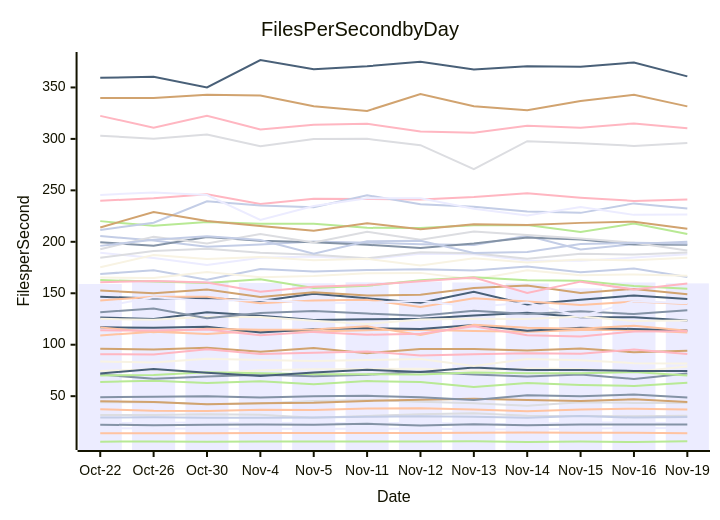
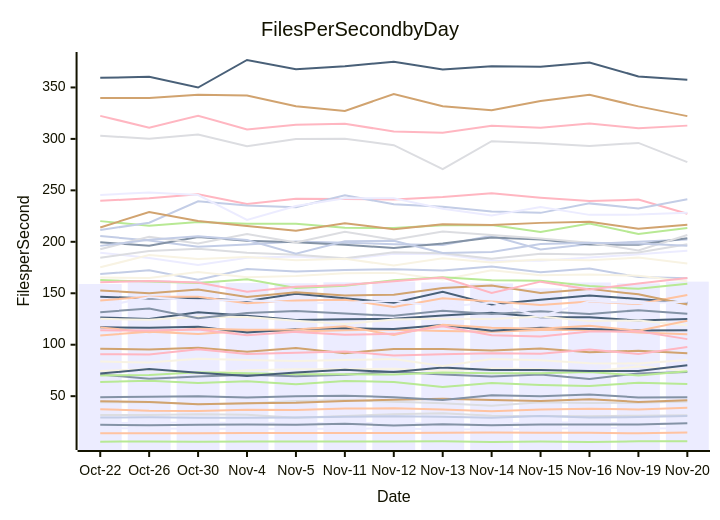
The diagram in perf-report.md (streetsidesoftware/cspell), drawn with Mermaid before and after one commit. The commit also changed other lines of this file and 1 other file, not shown here.

````diff
--- a/perf-report.md
+++ b/perf-report.md
@@ -10,57 +10,57 @@
 ```mermaid
 xychart-beta
     title Files Per Second by Day
     y-axis Files per Second
-    x-axis Date [Oct-22, Oct-26, Oct-30, Nov-4, Nov-5, Nov-11, Nov-12, Nov-13, Nov-14, Nov-15, Nov-16, Nov-19]
-    bar [159.03, 162.88, 161.94, 160.02, 159.72, 160.65, 161.35, 160.47, 159.54, 154.79, 160.46, 159.61]
-    line [71.08, 67.00, 69.09, 70.86, 69.37, 70.88, 73.81, 71.09, 69.11, 71.10, 66.81, 72.11]
-    line [14.01, 14.02, 13.97, 14.18, 14.33, 14.26, 14.23, 14.49, 14.71, 14.55, 14.39, 13.95]
-    line [44.08, 44.42, 42.24, 42.88, 45.37, 46.20, 44.50, 43.23, 40.60, 44.15, 43.48, 43.70]
-    line [63.79, 65.07, 62.75, 64.51, 61.69, 64.67, 63.79, 59.02, 62.70, 60.80, 59.91, 63.00]
-    line [96.00, 95.45, 97.05, 93.17, 96.79, 91.80, 95.95, 95.87, 94.48, 96.44, 92.65, 94.10]
-    line [205.59, 201.31, 195.27, 197.35, 200.31, 199.19, 197.63, 196.85, 205.77, 192.52, 197.76, 200.10]
-    line [322.37, 310.93, 322.55, 309.17, 313.73, 314.69, 307.18, 306.00, 312.70, 310.78, 315.06, 310.37]
-    line [126.46, 125.04, 131.49, 128.05, 124.13, 124.73, 125.27, 128.39, 131.06, 126.59, 126.76, 123.53]
-    line [125.15, 124.19, 127.28, 126.86, 123.18, 120.25, 124.45, 125.35, 124.99, 127.41, 122.93, 123.56]
-    line [23.92, 24.17, 24.43, 23.95, 24.20, 23.49, 24.08, 23.00, 23.06, 24.50, 24.34, 23.62]
-    line [22.28, 21.78, 22.12, 22.59, 22.34, 23.16, 21.54, 22.68, 21.85, 22.43, 22.45, 22.56]
-    line [109.04, 112.63, 110.40, 113.53, 112.85, 114.15, 114.65, 113.36, 112.62, 114.36, 114.33, 111.99]
-    line [31.67, 31.78, 32.41, 31.83, 29.14, 30.76, 32.43, 33.35, 30.87, 30.71, 30.55, 30.97]
-    line [5.75, 6.03, 5.80, 6.05, 5.91, 5.92, 6.05, 6.23, 5.47, 5.95, 5.52, 6.13]
-    line [45.07, 44.31, 42.25, 43.22, 43.49, 45.34, 46.46, 47.61, 46.36, 45.42, 47.07, 44.45]
-    line [168.67, 172.42, 163.25, 173.61, 171.18, 172.63, 173.35, 172.14, 176.09, 170.54, 174.05, 165.70]
-    line [239.78, 242.41, 246.20, 236.64, 241.81, 241.59, 241.14, 243.55, 247.17, 242.91, 239.70, 241.02]
-    line [116.88, 116.53, 117.43, 111.89, 115.01, 116.13, 115.22, 119.08, 113.54, 116.51, 115.21, 113.92]
-    line [165.23, 164.80, 170.61, 165.61, 166.70, 169.45, 169.81, 163.46, 172.46, 167.41, 168.34, 167.09]
-    line [19.00, 18.63, 18.25, 18.44, 18.38, 18.23, 18.67, 17.83, 17.56, 18.43, 19.15, 18.91]
-    line [49.03, 49.37, 49.99, 48.68, 50.03, 50.42, 49.00, 46.22, 50.88, 49.95, 51.56, 48.83]
-    line [116.85, 112.16, 115.50, 114.45, 114.87, 117.85, 109.38, 119.29, 116.46, 115.59, 118.49, 113.54]
-    line [303.13, 300.22, 304.34, 292.89, 299.81, 300.08, 293.90, 270.62, 297.75, 295.78, 293.19, 296.08]
-    line [162.77, 161.40, 160.02, 163.60, 155.05, 157.20, 162.55, 165.62, 162.61, 162.23, 156.96, 154.28]
-    line [339.81, 339.82, 342.79, 342.26, 331.64, 327.21, 343.58, 331.81, 327.76, 336.79, 342.94, 331.62]
-    line [29.31, 29.41, 29.14, 29.07, 29.19, 29.96, 30.60, 29.98, 29.13, 30.65, 29.20, 29.66]
-    line [90.70, 90.60, 95.53, 91.04, 92.11, 93.46, 89.53, 90.84, 91.64, 91.15, 95.31, 91.02]
-    line [146.67, 144.85, 145.45, 142.42, 149.63, 145.08, 140.78, 151.35, 139.20, 143.75, 147.85, 144.42]
-    line [74.51, 76.18, 72.03, 75.21, 76.09, 76.34, 76.58, 74.79, 76.80, 76.30, 73.76, 78.85]
-    line [189.47, 184.23, 177.36, 184.49, 185.72, 182.94, 188.28, 187.98, 181.73, 181.49, 184.66, 187.81]
-    line [199.55, 196.07, 204.60, 201.12, 199.63, 197.18, 194.05, 198.31, 204.17, 202.23, 197.34, 197.09]
-    line [143.06, 146.69, 146.59, 140.40, 143.02, 143.74, 136.69, 145.20, 142.11, 138.52, 142.01, 139.48]
-    line [184.56, 191.17, 193.23, 189.38, 187.47, 183.93, 189.93, 188.83, 183.53, 188.50, 187.66, 189.71]
-    line [220.10, 215.49, 219.14, 217.54, 217.64, 213.57, 213.32, 216.11, 216.43, 209.55, 217.83, 207.54]
-    line [152.74, 149.93, 153.73, 146.39, 151.10, 147.79, 148.60, 155.08, 157.59, 150.36, 154.26, 148.98]
-    line [211.47, 218.53, 239.32, 235.17, 233.67, 245.24, 236.50, 233.98, 229.39, 228.12, 237.34, 232.45]
-    line [113.95, 113.80, 114.69, 109.15, 112.48, 109.72, 110.55, 118.02, 109.29, 108.02, 112.93, 112.97]
-    line [359.34, 360.33, 349.95, 376.67, 367.68, 370.64, 374.87, 367.41, 370.51, 370.21, 374.24, 360.74]
-    line [175.20, 187.18, 183.23, 185.22, 182.14, 183.42, 176.89, 184.07, 179.92, 182.71, 181.97, 184.63]
-    line [245.56, 247.95, 245.41, 221.31, 234.75, 242.27, 242.37, 232.19, 225.67, 233.72, 226.18, 226.48]
-    line [131.59, 135.21, 125.70, 130.73, 132.76, 130.23, 128.16, 133.01, 129.97, 132.49, 129.80, 133.61]
-    line [37.33, 35.82, 35.71, 36.86, 36.50, 38.05, 38.19, 36.99, 35.25, 37.09, 37.76, 37.04]
-    line [192.85, 204.98, 198.27, 207.58, 199.26, 209.84, 202.01, 209.99, 206.66, 203.31, 199.00, 191.59]
-    line [70.11, 70.57, 73.22, 72.23, 71.32, 71.25, 71.08, 73.06, 72.16, 72.33, 73.39, 70.13]
-    line [213.97, 229.01, 220.21, 215.36, 210.66, 218.14, 212.13, 216.95, 216.28, 218.40, 219.59, 212.75]
-    line [196.05, 201.96, 205.39, 201.71, 188.42, 200.46, 201.07, 189.10, 190.06, 197.82, 199.09, 198.24]
-    line [160.80, 161.82, 160.48, 151.46, 156.36, 158.02, 161.56, 165.28, 150.34, 161.29, 153.65, 159.58]
-    line [71.96, 76.44, 72.80, 69.62, 72.93, 75.62, 73.39, 77.86, 75.46, 75.53, 74.48, 74.42]
-    line [83.62, 82.78, 86.40, 85.26, 84.18, 85.13, 86.07, 79.22, 86.18, 84.80, 82.10, 81.80]
-    line [136.76, 146.14, 142.74, 143.48, 140.52, 140.72, 142.75, 136.72, 140.92, 127.38, 142.26, 140.32]
+    x-axis Date [Oct-22, Oct-26, Oct-30, Nov-4, Nov-5, Nov-11, Nov-12, Nov-13, Nov-14, Nov-15, Nov-16, Nov-19, Nov-20]
+    bar [159.03, 162.88, 161.94, 160.02, 159.72, 160.65, 161.35, 160.47, 159.54, 154.79, 160.46, 159.61, 161.30]
+    line [71.08, 67.00, 69.09, 70.86, 69.37, 70.88, 73.81, 71.09, 69.11, 71.10, 66.81, 72.11, 73.56]
+    line [14.01, 14.02, 13.97, 14.18, 14.33, 14.26, 14.23, 14.49, 14.71, 14.55, 14.39, 13.95, 14.60]
+    line [44.08, 44.42, 42.24, 42.88, 45.37, 46.20, 44.50, 43.23, 40.60, 44.15, 43.48, 43.70, 44.83]
+    line [63.79, 65.07, 62.75, 64.51, 61.69, 64.67, 63.79, 59.02, 62.70, 60.80, 59.91, 63.00, 61.76]
+    line [96.00, 95.45, 97.05, 93.17, 96.79, 91.80, 95.95, 95.87, 94.48, 96.44, 92.65, 94.10, 91.76]
+    line [205.59, 201.31, 195.27, 197.35, 200.31, 199.19, 197.63, 196.85, 205.77, 192.52, 197.76, 200.10, 202.32]
+    line [322.37, 310.93, 322.55, 309.17, 313.73, 314.69, 307.18, 306.00, 312.70, 310.78, 315.06, 310.37, 312.90]
+    line [126.46, 125.04, 131.49, 128.05, 124.13, 124.73, 125.27, 128.39, 131.06, 126.59, 126.76, 123.53, 124.94]
+    line [125.15, 124.19, 127.28, 126.86, 123.18, 120.25, 124.45, 125.35, 124.99, 127.41, 122.93, 123.56, 118.96]
+    line [23.92, 24.17, 24.43, 23.95, 24.20, 23.49, 24.08, 23.00, 23.06, 24.50, 24.34, 23.62, 23.53]
+    line [22.28, 21.78, 22.12, 22.59, 22.34, 23.16, 21.54, 22.68, 21.85, 22.43, 22.45, 22.56, 23.60]
+    line [109.04, 112.63, 110.40, 113.53, 112.85, 114.15, 114.65, 113.36, 112.62, 114.36, 114.33, 111.99, 110.22]
+    line [31.67, 31.78, 32.41, 31.83, 29.14, 30.76, 32.43, 33.35, 30.87, 30.71, 30.55, 30.97, 31.56]
+    line [5.75, 6.03, 5.80, 6.05, 5.91, 5.92, 6.05, 6.23, 5.47, 5.95, 5.52, 6.13, 6.21]
+    line [45.07, 44.31, 42.25, 43.22, 43.49, 45.34, 46.46, 47.61, 46.36, 45.42, 47.07, 44.45, 46.03]
+    line [168.67, 172.42, 163.25, 173.61, 171.18, 172.63, 173.35, 172.14, 176.09, 170.54, 174.05, 165.70, 164.60]
+    line [239.78, 242.41, 246.20, 236.64, 241.81, 241.59, 241.14, 243.55, 247.17, 242.91, 239.70, 241.02, 227.21]
+    line [116.88, 116.53, 117.43, 111.89, 115.01, 116.13, 115.22, 119.08, 113.54, 116.51, 115.21, 113.92, 114.16]
+    line [165.23, 164.80, 170.61, 165.61, 166.70, 169.45, 169.81, 163.46, 172.46, 167.41, 168.34, 167.09, 161.78]
+    line [19.00, 18.63, 18.25, 18.44, 18.38, 18.23, 18.67, 17.83, 17.56, 18.43, 19.15, 18.91, 18.65]
+    line [49.03, 49.37, 49.99, 48.68, 50.03, 50.42, 49.00, 46.22, 50.88, 49.95, 51.56, 48.83, 49.01]
+    line [116.85, 112.16, 115.50, 114.45, 114.87, 117.85, 109.38, 119.29, 116.46, 115.59, 118.49, 113.54, 123.36]
+    line [303.13, 300.22, 304.34, 292.89, 299.81, 300.08, 293.90, 270.62, 297.75, 295.78, 293.19, 296.08, 277.37]
+    line [162.77, 161.40, 160.02, 163.60, 155.05, 157.20, 162.55, 165.62, 162.61, 162.23, 156.96, 154.28, 159.13]
+    line [339.81, 339.82, 342.79, 342.26, 331.64, 327.21, 343.58, 331.81, 327.76, 336.79, 342.94, 331.62, 322.15]
+    line [29.31, 29.41, 29.14, 29.07, 29.19, 29.96, 30.60, 29.98, 29.13, 30.65, 29.20, 29.66, 30.68]
+    line [90.70, 90.60, 95.53, 91.04, 92.11, 93.46, 89.53, 90.84, 91.64, 91.15, 95.31, 91.02, 97.72]
+    line [146.67, 144.85, 145.45, 142.42, 149.63, 145.08, 140.78, 151.35, 139.20, 143.75, 147.85, 144.42, 140.89]
+    line [74.51, 76.18, 72.03, 75.21, 76.09, 76.34, 76.58, 74.79, 76.80, 76.30, 73.76, 78.85, 74.91]
+    line [189.47, 184.23, 177.36, 184.49, 185.72, 182.94, 188.28, 187.98, 181.73, 181.49, 184.66, 187.81, 191.42]
+    line [199.55, 196.07, 204.60, 201.12, 199.63, 197.18, 194.05, 198.31, 204.17, 202.23, 197.34, 197.09, 203.42]
+    line [143.06, 146.69, 146.59, 140.40, 143.02, 143.74, 136.69, 145.20, 142.11, 138.52, 142.01, 139.48, 148.36]
+    line [184.56, 191.17, 193.23, 189.38, 187.47, 183.93, 189.93, 188.83, 183.53, 188.50, 187.66, 189.71, 197.63]
+    line [220.10, 215.49, 219.14, 217.54, 217.64, 213.57, 213.32, 216.11, 216.43, 209.55, 217.83, 207.54, 213.34]
+    line [152.74, 149.93, 153.73, 146.39, 151.10, 147.79, 148.60, 155.08, 157.59, 150.36, 154.26, 148.98, 139.01]
+    line [211.47, 218.53, 239.32, 235.17, 233.67, 245.24, 236.50, 233.98, 229.39, 228.12, 237.34, 232.45, 241.31]
+    line [113.95, 113.80, 114.69, 109.15, 112.48, 109.72, 110.55, 118.02, 109.29, 108.02, 112.93, 112.97, 105.44]
+    line [359.34, 360.33, 349.95, 376.67, 367.68, 370.64, 374.87, 367.41, 370.51, 370.21, 374.24, 360.74, 357.55]
+    line [175.20, 187.18, 183.23, 185.22, 182.14, 183.42, 176.89, 184.07, 179.92, 182.71, 181.97, 184.63, 178.93]
+    line [245.56, 247.95, 245.41, 221.31, 234.75, 242.27, 242.37, 232.19, 225.67, 233.72, 226.18, 226.48, 228.27]
+    line [131.59, 135.21, 125.70, 130.73, 132.76, 130.23, 128.16, 133.01, 129.97, 132.49, 129.80, 133.61, 130.16]
+    line [37.33, 35.82, 35.71, 36.86, 36.50, 38.05, 38.19, 36.99, 35.25, 37.09, 37.76, 37.04, 38.77]
+    line [192.85, 204.98, 198.27, 207.58, 199.26, 209.84, 202.01, 209.99, 206.66, 203.31, 199.00, 191.59, 206.65]
+    line [70.11, 70.57, 73.22, 72.23, 71.32, 71.25, 71.08, 73.06, 72.16, 72.33, 73.39, 70.13, 74.26]
+    line [213.97, 229.01, 220.21, 215.36, 210.66, 218.14, 212.13, 216.95, 216.28, 218.40, 219.59, 212.75, 216.58]
+    line [196.05, 201.96, 205.39, 201.71, 188.42, 200.46, 201.07, 189.10, 190.06, 197.82, 199.09, 198.24, 196.06]
+    line [160.80, 161.82, 160.48, 151.46, 156.36, 158.02, 161.56, 165.28, 150.34, 161.29, 153.65, 159.58, 164.91]
+    line [71.96, 76.44, 72.80, 69.62, 72.93, 75.62, 73.39, 77.86, 75.46, 75.53, 74.48, 74.42, 80.12]
+    line [83.62, 82.78, 86.40, 85.26, 84.18, 85.13, 86.07, 79.22, 86.18, 84.80, 82.10, 81.80, 85.25]
+    line [136.76, 146.14, 142.74, 143.48, 140.52, 140.72, 142.75, 136.72, 140.92, 127.38, 142.26, 140.32, 141.64]
 ```
````
